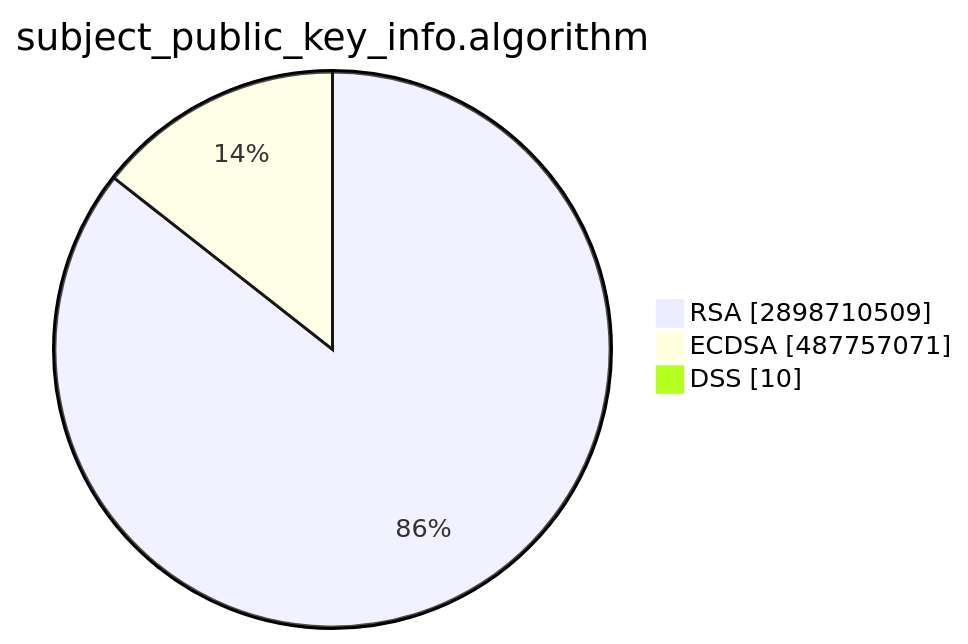
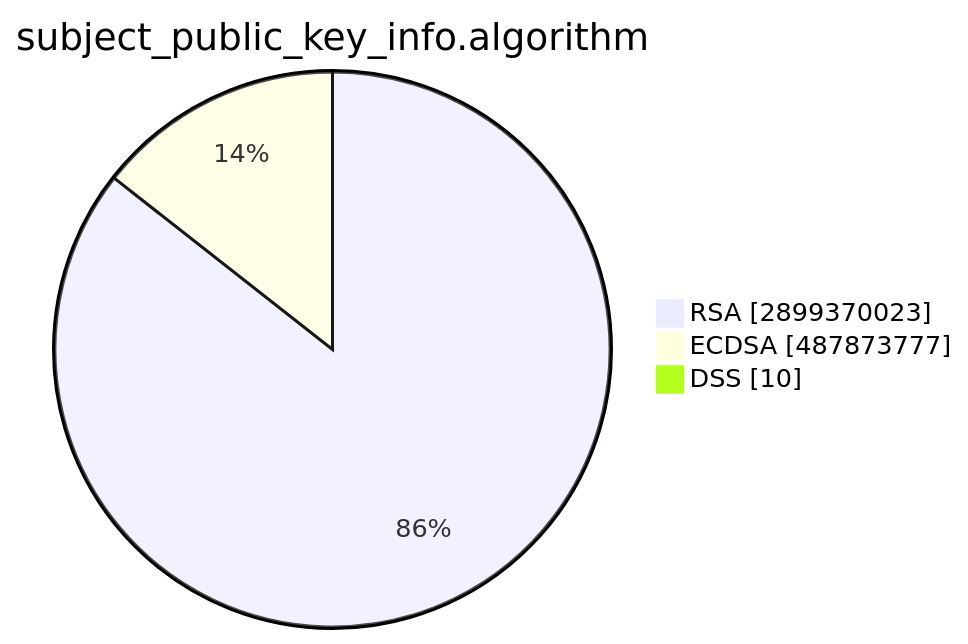
The second of 15 diagrams in TOTAL/README.md (christiankrug/ctmonitor_visualization), drawn with Mermaid before and after one commit. The commit also changed other lines of this file, not shown here.

````diff
--- a/TOTAL/README.md
+++ b/TOTAL/README.md
@@ -6,7 +6,7 @@
 ```mermaid
 pie showData
 title subject_public_key_info.algorithm
-"RSA" :2898710509
-"ECDSA" :487757071
+"RSA" :2899370023
+"ECDSA" :487873777
 "DSS" :10
 ```
````
